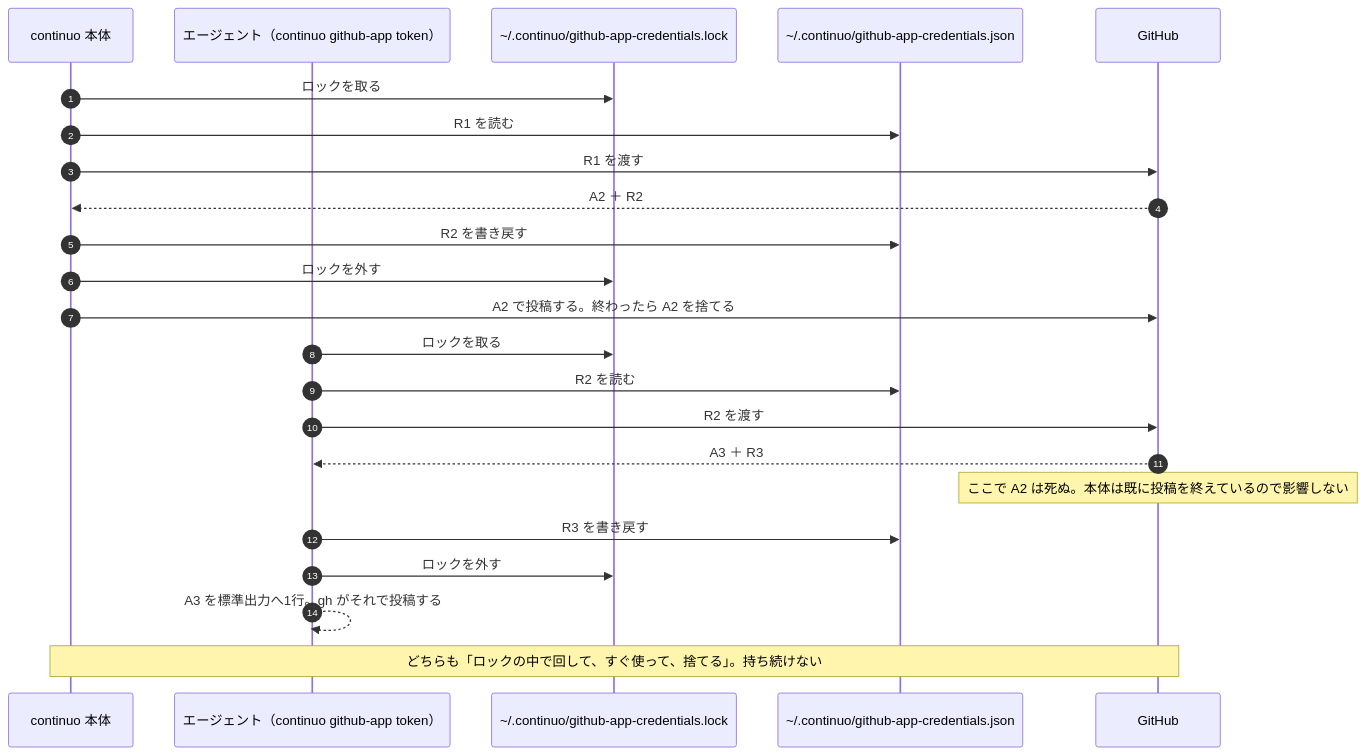
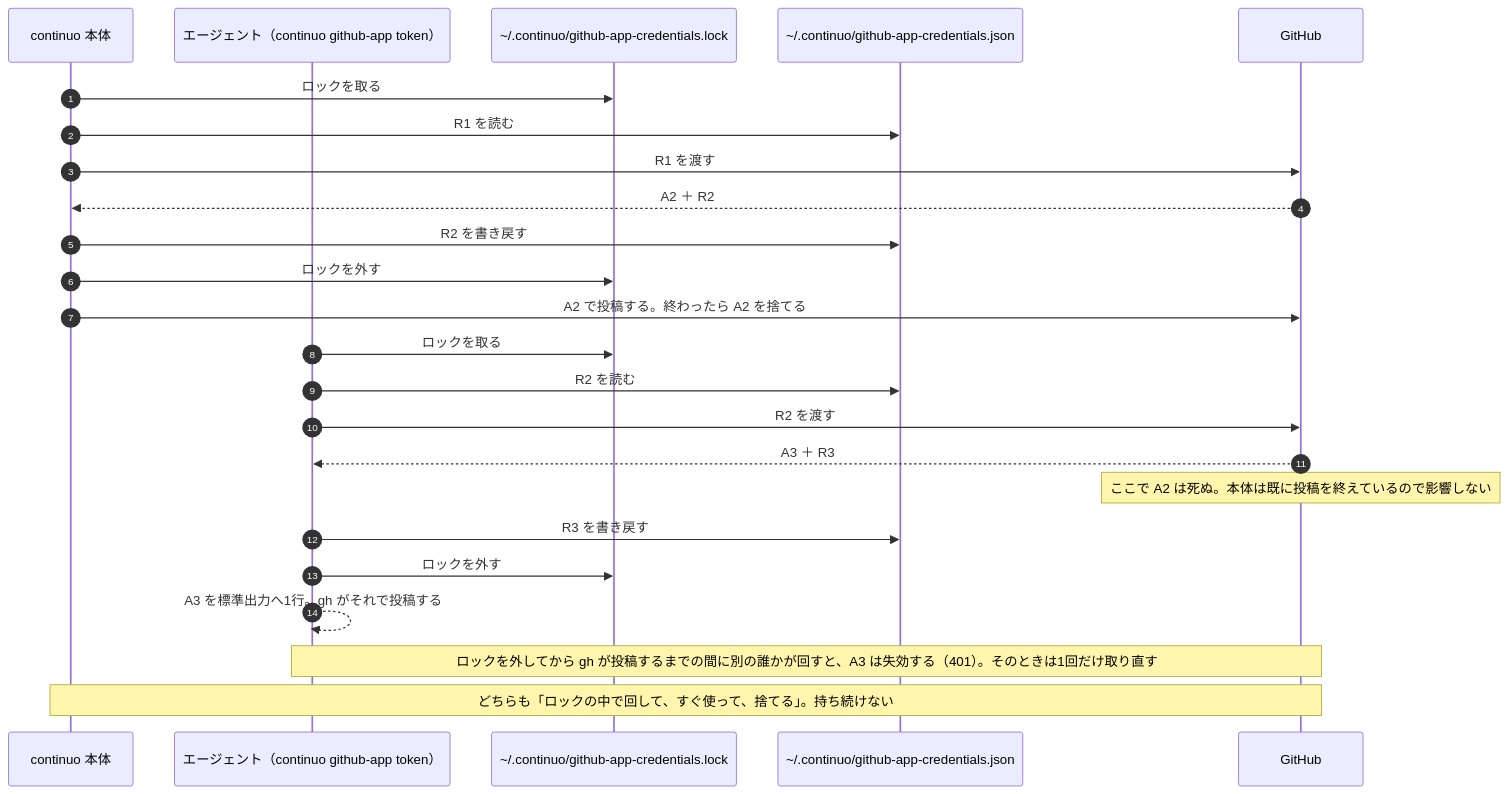
Before and after one commit to maimuzo/continuo: the third of 13 diagrams in docs/plans/impl/issue245_github_app_attribution.md, drawn with Mermaid. The commit also changed other lines of this file, not shown here.

````diff
--- a/docs/plans/impl/issue245_github_app_attribution.md
+++ b/docs/plans/impl/issue245_github_app_attribution.md
@@ -112,25 +112,26 @@
 ```mermaid
 sequenceDiagram
     autonumber
     participant O as continuo 本体
     participant A as エージェント（continuo github-app token）
     participant L as ~/.continuo/github-app-credentials.lock
     participant F as ~/.continuo/github-app-credentials.json
     participant GH as GitHub
     O->>L: ロックを取る
     O->>F: R1 を読む
     O->>GH: R1 を渡す
     GH-->>O: A2 ＋ R2
     O->>F: R2 を書き戻す
     O->>L: ロックを外す
     O->>GH: A2 で投稿する。終わったら A2 を捨てる
     A->>L: ロックを取る
     A->>F: R2 を読む
     A->>GH: R2 を渡す
     GH-->>A: A3 ＋ R3
     Note over GH: ここで A2 は死ぬ。本体は既に投稿を終えているので影響しない
     A->>F: R3 を書き戻す
     A->>L: ロックを外す
     A-->>A: A3 を標準出力へ1行。gh がそれで投稿する
+    Note over A,GH: ロックを外してから gh が投稿するまでの間に別の誰かが回すと、A3 は失効する（401）。そのときは1回だけ取り直す
     Note over O,GH: どちらも「ロックの中で回して、すぐ使って、捨てる」。持ち続けない
 ```
````
